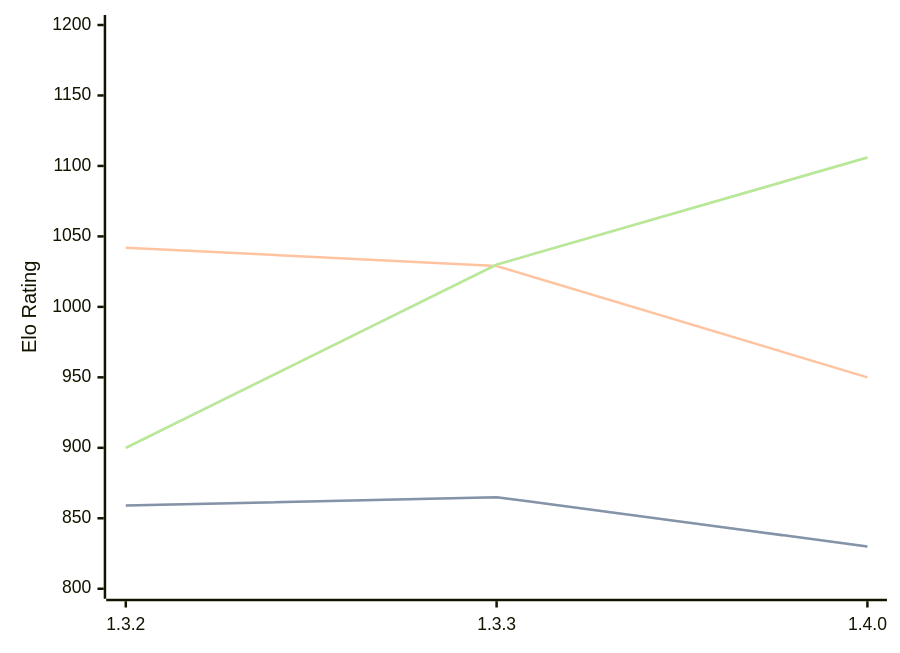
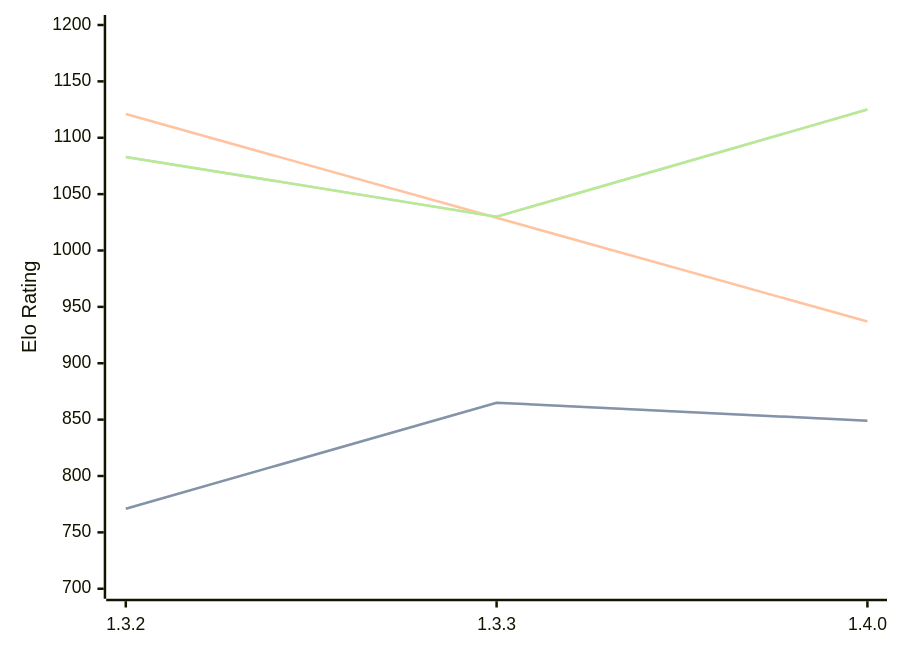
The diagram in engines/Whitespine.md (computer-chess-index/cci), drawn with Mermaid before and after one commit. The commit also changed other lines of this file, not shown here.

Commit message:
Update CCI Ratings (ELO VLTC) - 2026-04-29

````diff
--- a/engines/Whitespine.md
+++ b/engines/Whitespine.md
@@ -36,11 +36,11 @@
 ```mermaid
 %%{init: {"theme":"base","themeVariables":{"seriesColors:['#a3a3a3','#222221','#faa371']}}}%%
 xychart-beta
   x-axis ["1.3.2", "1.3.3", "1.4.0"]
-  y-axis "Elo Rating" 800 --> 1200
-  line "STC (8.0+0.08s)" [859, 865, 830]
-  line "STC (8.0+0.08s)" [859, 865, 830]
-  line "LTC (60.0+0.60s)" [1042, 1029, 950]
-  line "VLTC (2m24s+1.12s)" [900, 1030, 1106]
-  line "VLTC (2m24s+1.12s)" [900, 1030, 1106]
+  y-axis "Elo Rating" 700 --> 1200
+  line "STC (8.0+0.08s)" [771, 865, 849]
+  line "STC (8.0+0.08s)" [771, 865, 849]
+  line "LTC (60.0+0.60s)" [1121, 1029, 937]
+  line "VLTC (2m24s+1.12s)" [1083, 1030, 1125]
+  line "VLTC (2m24s+1.12s)" [1083, 1030, 1125]
 ```
````
